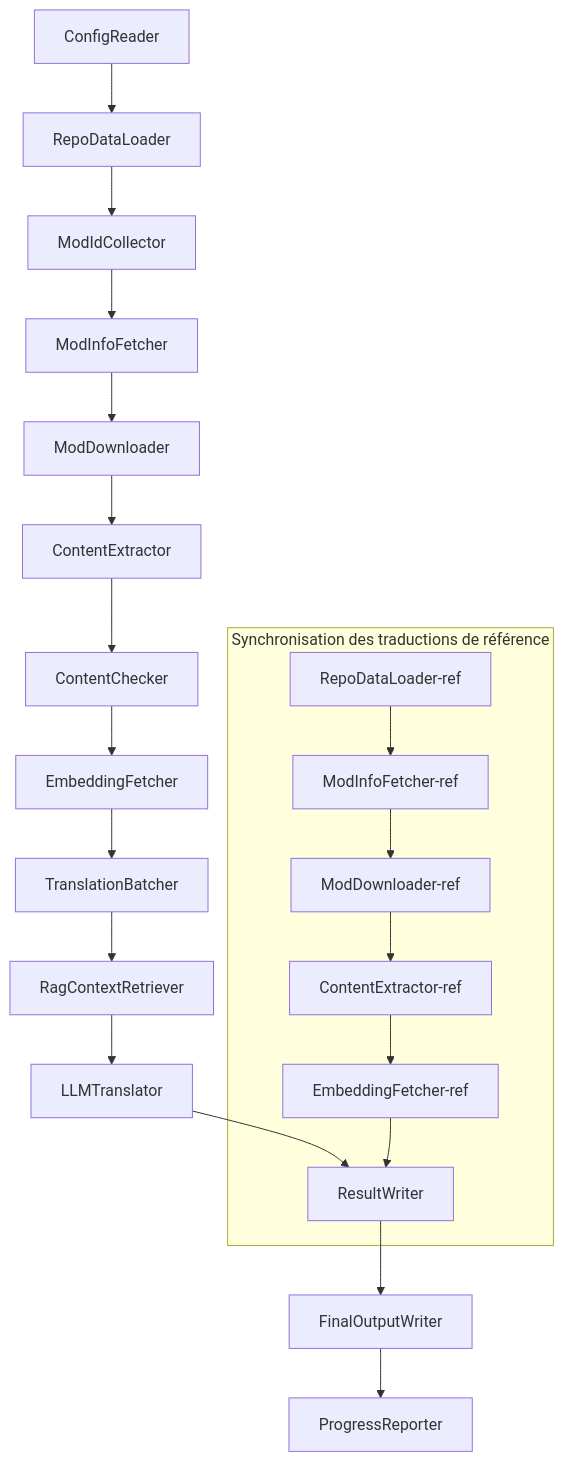
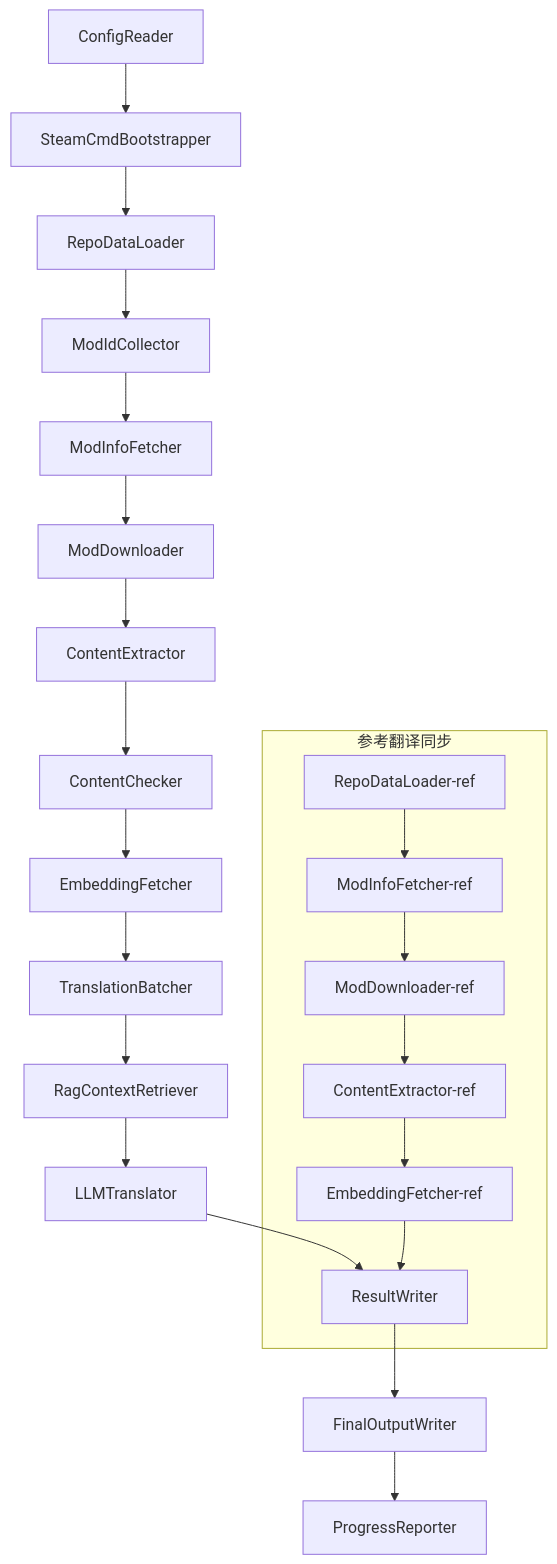
The diagram in docs/technical_reference/technical_reference_fr.md (PZProjectBabel/project_babel), drawn with Mermaid before and after one commit. The commit also changed other lines of this file and 79 other files, not shown here.

````diff
--- a/docs/technical_reference/technical_reference_fr.md
+++ b/docs/technical_reference/technical_reference_fr.md
@@ -96,24 +125,25 @@
 ```mermaid
 flowchart TD
-    A[ConfigReader] --> B[RepoDataLoader]
-    B --> C[ModIdCollector]
-    C --> D[ModInfoFetcher]
-    D --> E[ModDownloader]
-    E --> F[ContentExtractor]
-    F --> G[ContentChecker]
-    G --> H[EmbeddingFetcher]
-    H --> I[TranslationBatcher]
-    I --> J[RagContextRetriever]
-    J --> K[LLMTranslator]
-    K --> L[ResultWriter]
-    L --> M[FinalOutputWriter]
-    M --> N[ProgressReporter]
+  A[ConfigReader] --> B[SteamCmdBootstrapper]
+  B --> C[RepoDataLoader]
+  C --> D[ModIdCollector]
+  D --> E[ModInfoFetcher]
+  E --> F[ModDownloader]
+  F --> G[ContentExtractor]
+  G --> H[ContentChecker]
+  H --> I[EmbeddingFetcher]
+  I --> J[TranslationBatcher]
+  J --> K[RagContextRetriever]
+  K --> L[LLMTranslator]
+  L --> M[ResultWriter]
+  M --> N[FinalOutputWriter]
+  N --> O[ProgressReporter]
 
-    subgraph Synchronisation des traductions de référence
-        B2[RepoDataLoader-ref] --> D2[ModInfoFetcher-ref]
-        D2 --> E2[ModDownloader-ref]
-        E2 --> F2[ContentExtractor-ref]
-        F2 --> H2[EmbeddingFetcher-ref]
-        H2 --> L
+    subgraph 参考翻译同步
+        C2[RepoDataLoader-ref] --> E2[ModInfoFetcher-ref]
+        E2 --> F2[ModDownloader-ref]
+        F2 --> G2[ContentExtractor-ref]
+        G2 --> I2[EmbeddingFetcher-ref]
+        I2 --> M
     end
 ```
````
